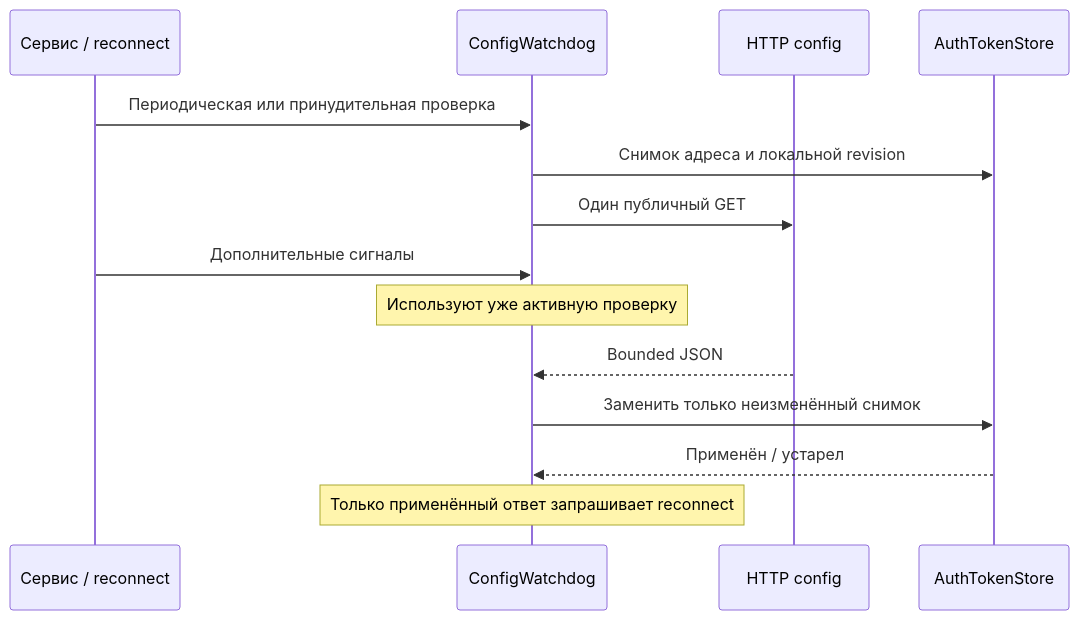
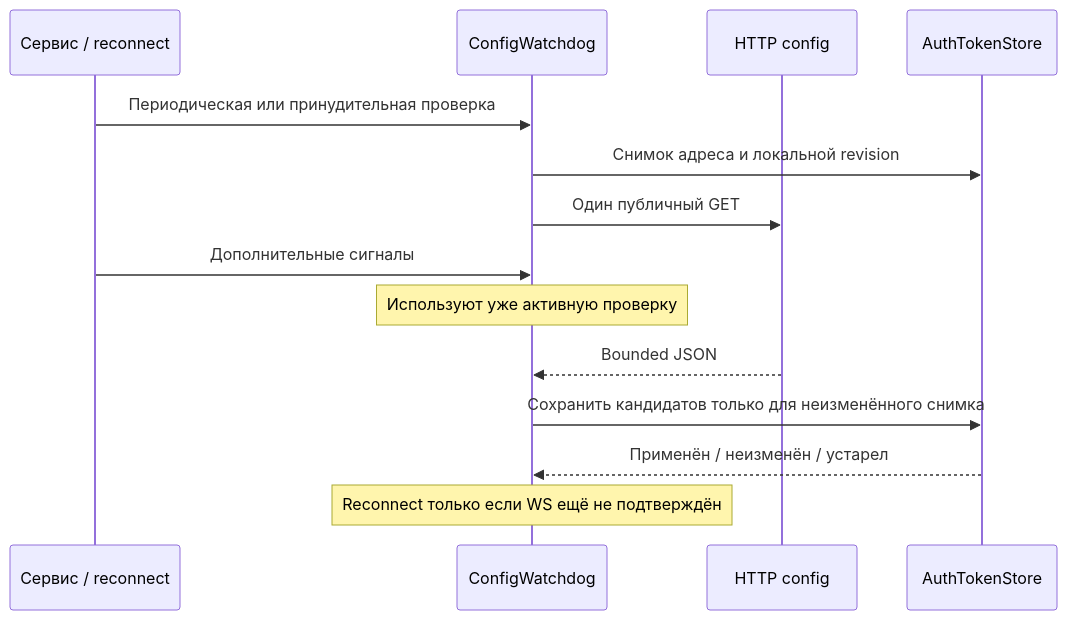
One commit to RootOne1337/sphere-platform changed the diagram in docs/architecture/ANDROID-DISCOVERY-RECOVERY.md. Above: the diagram before and after it, drawn with Mermaid. The commit also changed other lines of this file and 50 other files, not shown here.

````diff
--- a/docs/architecture/ANDROID-DISCOVERY-RECOVERY.md
+++ b/docs/architecture/ANDROID-DISCOVERY-RECOVERY.md
@@ -69,16 +71,16 @@
 ```mermaid
 sequenceDiagram
     participant S as Сервис / reconnect
     participant W as ConfigWatchdog
     participant H as HTTP config
     participant P as AuthTokenStore
     S->>W: Периодическая или принудительная проверка
     W->>P: Снимок адреса и локальной revision
     W->>H: Один публичный GET
     S->>W: Дополнительные сигналы
     Note over W: Используют уже активную проверку
     H-->>W: Bounded JSON
-    W->>P: Заменить только неизменённый снимок
-    P-->>W: Применён / устарел
-    Note over W: Только применённый ответ запрашивает reconnect
+    W->>P: Сохранить кандидатов только для неизменённого снимка
+    P-->>W: Применён / неизменён / устарел
+    Note over W: Reconnect только если WS ещё не подтверждён
 ```
````
